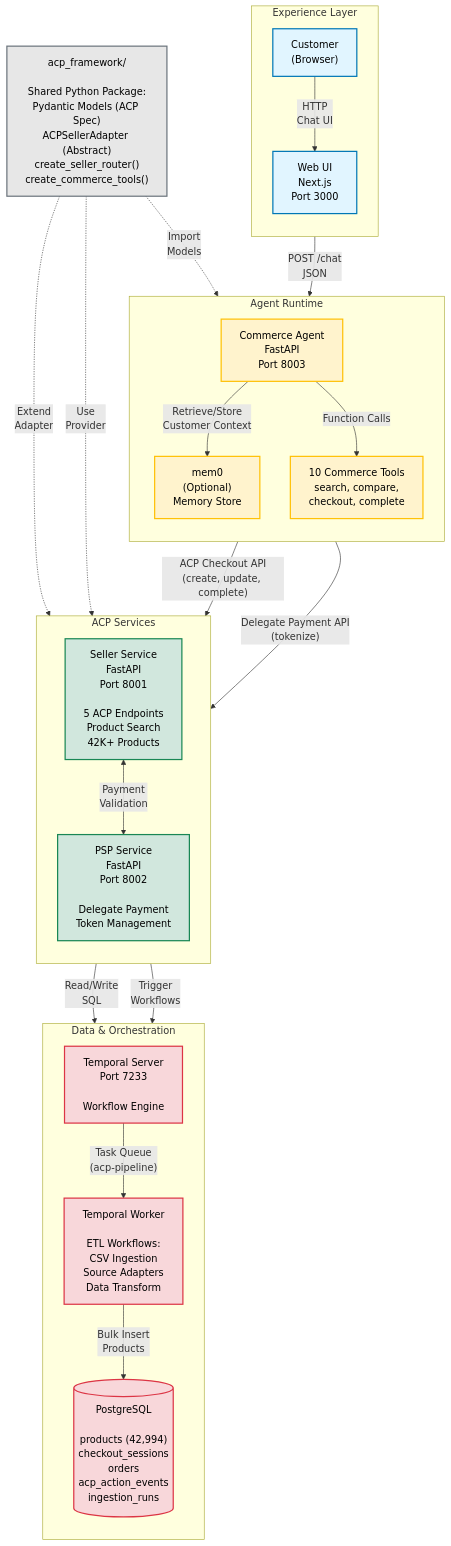
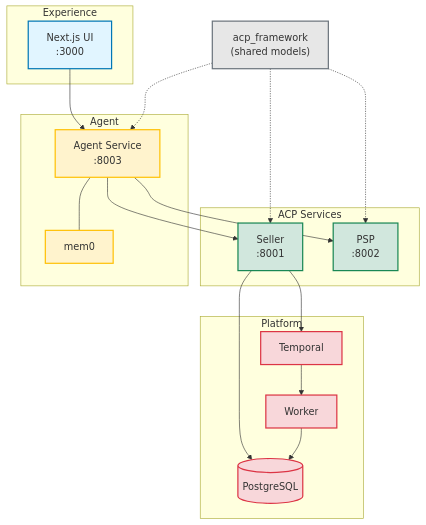
One commit to shabazpatel/acp-infra changed the first of 3 diagrams in README.md. Above: the diagram before and after it, drawn with Mermaid. The commit also changed other lines of this file, not shown here.

````diff
--- a/README.md
+++ b/README.md
@@ -21,66 +21,49 @@
 ```mermaid
 flowchart TB
-    %% Experience layer
-    subgraph EXPERIENCE["Experience Layer"]
-        direction TB
-        USER["Customer<br/>(Browser)"]
-        UI["Web UI<br/>Next.js<br/>Port 3000"]
-        USER -->|"HTTP<br/>Chat UI"| UI
+    subgraph EXPERIENCE["Experience"]
+        UI["Next.js UI<br/>:3000"]
     end
 
-    %% Agent runtime
-    subgraph AGENTS["Agent Runtime"]
-        direction TB
-        AGENT["Commerce Agent<br/>FastAPI<br/>Port 8003"]
-        MEM["mem0<br/>(Optional)<br/>Memory Store"]
-        TOOLS["10 Commerce Tools<br/>search, compare,<br/>checkout, complete"]
-        AGENT -->|"Retrieve/Store<br/>Customer Context"| MEM
-        AGENT -->|"Function Calls"| TOOLS
+    subgraph AGENTS["Agent"]
+        AGENT["Agent Service<br/>:8003"]
+        MEM["mem0"]
+        AGENT --- MEM
     end
 
-    %% ACP commerce services
     subgraph ACP["ACP Services"]
-        direction TB
-        SELLER["Seller Service<br/>FastAPI<br/>Port 8001<br/><br/>5 ACP Endpoints<br/>Product Search<br/>42K+ Products"]
-        PSP["PSP Service<br/>FastAPI<br/>Port 8002<br/><br/>Delegate Payment<br/>Token Management"]
-        SELLER <-->|"Payment<br/>Validation"| PSP
+        SELLER["Seller<br/>:8001"]
+        PSP["PSP<br/>:8002"]
     end
 
-    %% Platform/data plane
-    subgraph PLATFORM["Data & Orchestration"]
-        direction TB
-        DB[("PostgreSQL<br/><br/>products (42,994)<br/>checkout_sessions<br/>orders<br/>acp_action_events<br/>ingestion_runs")]
-        TEMPORAL["Temporal Server<br/>Port 7233<br/><br/>Workflow Engine"]
-        WORKER["Temporal Worker<br/><br/>ETL Workflows:<br/>CSV Ingestion<br/>Source Adapters<br/>Data Transform"]
+    subgraph PLATFORM["Platform"]
+        DB[("PostgreSQL")]
+        TEMPORAL["Temporal"]
+        WORKER["Worker"]
     end
 
-    %% Framework
-    FRAMEWORK["acp_framework/<br/><br/>Shared Python Package:<br/>Pydantic Models (ACP Spec)<br/>ACPSellerAdapter (Abstract)<br/>create_seller_router()<br/>create_commerce_tools()"]
+    FRAMEWORK["acp_framework<br/>(shared models)"]
 
-    %% Connections
-    UI -->|"POST /chat<br/>JSON"| AGENT
-    TOOLS -->|"ACP Checkout API<br/>(create, update, complete)"| SELLER
-    TOOLS -->|"Delegate Payment API<br/>(tokenize)"| PSP
-    SELLER -->|"Read/Write<br/>SQL"| DB
-    WORKER -->|"Bulk Insert<br/>Products"| DB
-    SELLER -->|"Trigger<br/>Workflows"| TEMPORAL
-    TEMPORAL -->|"Task Queue<br/>(acp-pipeline)"| WORKER
+    UI --> AGENT
+    AGENT --> SELLER
+    AGENT --> PSP
+    SELLER --> DB
+    WORKER --> DB
+    SELLER --> TEMPORAL
+    TEMPORAL --> WORKER
 
-    %% Framework usage
-    FRAMEWORK -.->|"Import<br/>Models"| AGENT
-    FRAMEWORK -.->|"Extend<br/>Adapter"| SELLER
-    FRAMEWORK -.->|"Use<br/>Provider"| PSP
+    FRAMEWORK -.-> AGENT
+    FRAMEWORK -.-> SELLER
+    FRAMEWORK -.-> PSP
 
-    %% Styling
-    classDef experience fill:#e1f5ff,stroke:#0077b6,stroke-width:2px,color:#000
-    classDef agent fill:#fff3cd,stroke:#ffc107,stroke-width:2px,color:#000
-    classDef acp fill:#d1e7dd,stroke:#198754,stroke-width:2px,color:#000
-    classDef platform fill:#f8d7da,stroke:#dc3545,stroke-width:2px,color:#000
-    classDef framework fill:#e7e7e7,stroke:#6c757d,stroke-width:2px,color:#000
+    classDef experience fill:#e1f5ff,stroke:#0077b6,stroke-width:2px
+    classDef agent fill:#fff3cd,stroke:#ffc107,stroke-width:2px
+    classDef acp fill:#d1e7dd,stroke:#198754,stroke-width:2px
+    classDef platform fill:#f8d7da,stroke:#dc3545,stroke-width:2px
+    classDef framework fill:#e7e7e7,stroke:#6c757d,stroke-width:2px
 
-    class USER,UI experience
-    class AGENT,MEM,TOOLS agent
+    class UI experience
+    class AGENT,MEM agent
     class SELLER,PSP acp
     class DB,TEMPORAL,WORKER platform
     class FRAMEWORK framework
 ```
````
